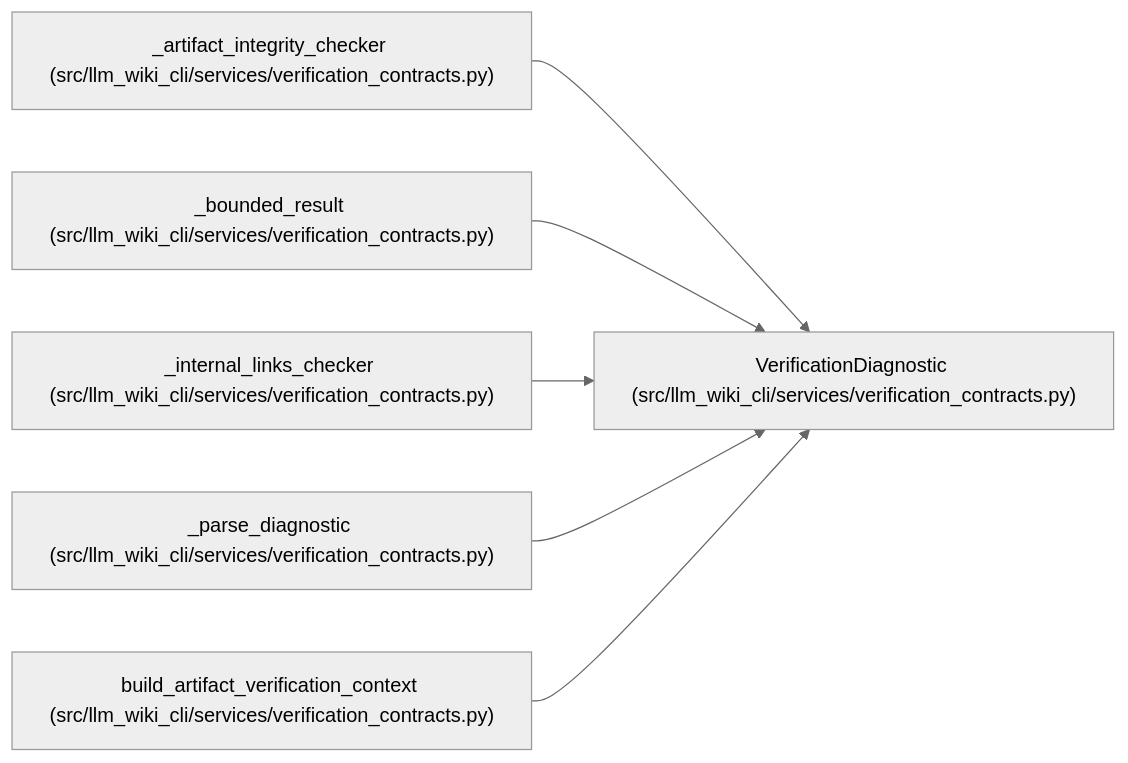
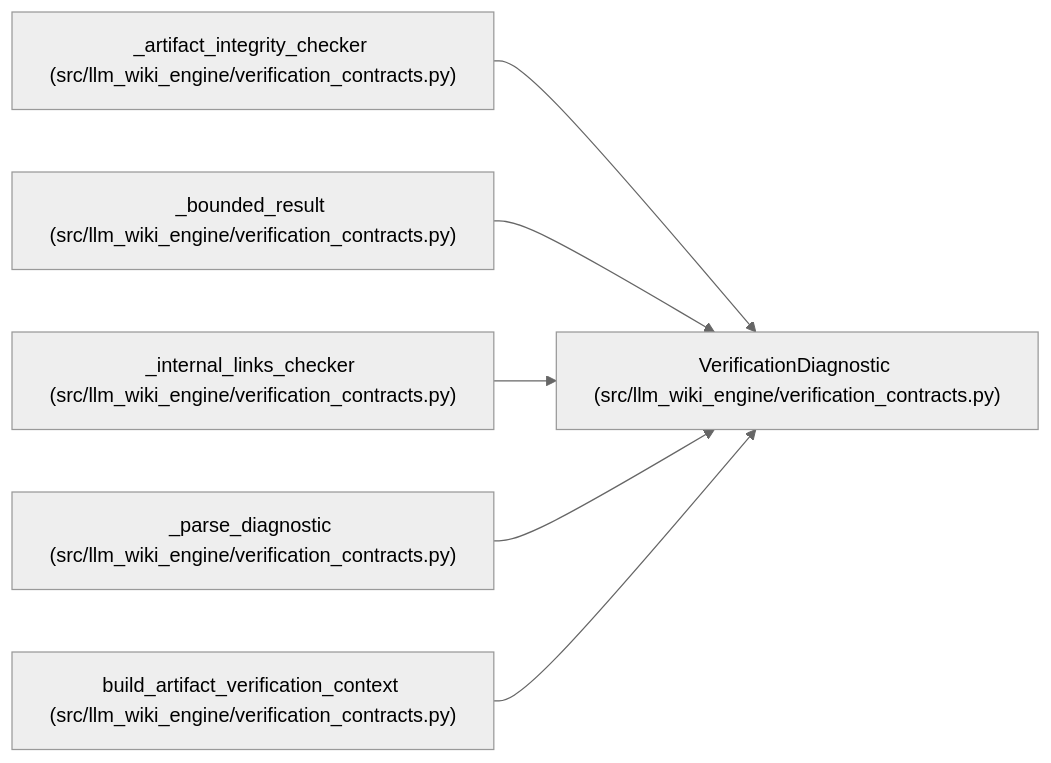
The diagram in docs/llm_wiki/entities/VerificationDiagnostic.md (Denissvgn/python-wiki-llm), drawn with Mermaid (neutral theme) before and after one commit. The commit also changed other lines of this file and 1058 other files, not shown here.

````diff
--- a/docs/llm_wiki/entities/VerificationDiagnostic.md
+++ b/docs/llm_wiki/entities/VerificationDiagnostic.md
@@ -35,20 +35,20 @@
 ```mermaid
 flowchart LR
-    n0["VerificationDiagnostic (src/llm_wiki_cli/services/verification_contracts.py)"]
-    n1["_artifact_integrity_checker (src/llm_wiki_cli/services/verification_contracts.py)"]
-    n2["_bounded_result (src/llm_wiki_cli/services/verification_contracts.py)"]
-    n3["_internal_links_checker (src/llm_wiki_cli/services/verification_contracts.py)"]
-    n4["_parse_diagnostic (src/llm_wiki_cli/services/verification_contracts.py)"]
-    n5["build_artifact_verification_context (src/llm_wiki_cli/services/verification_contracts.py)"]
+    n0["VerificationDiagnostic (src/llm_wiki_engine/verification_contracts.py)"]
+    n1["_artifact_integrity_checker (src/llm_wiki_engine/verification_contracts.py)"]
+    n2["_bounded_result (src/llm_wiki_engine/verification_contracts.py)"]
+    n3["_internal_links_checker (src/llm_wiki_engine/verification_contracts.py)"]
+    n4["_parse_diagnostic (src/llm_wiki_engine/verification_contracts.py)"]
+    n5["build_artifact_verification_context (src/llm_wiki_engine/verification_contracts.py)"]
     n1 --> n0
     n2 --> n0
     n3 --> n0
     n4 --> n0
     n5 --> n0
     click n0 "../modules/verification_contracts.md"
     click n1 "../modules/verification_contracts.md"
     click n2 "../modules/verification_contracts.md"
     click n3 "../modules/verification_contracts.md"
     click n4 "../modules/verification_contracts.md"
     click n5 "../modules/verification_contracts.md"
 ```
````
